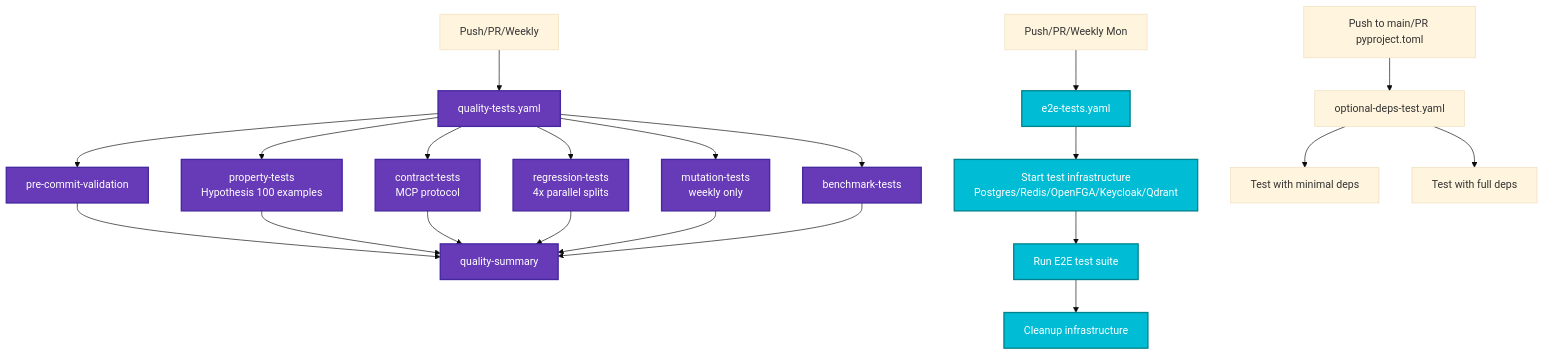
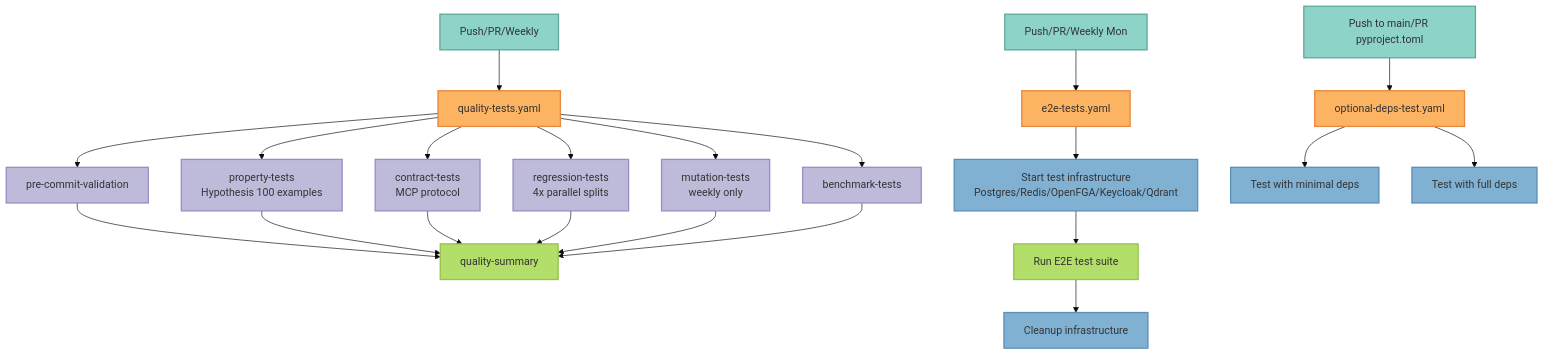
The second of 12 diagrams in docs/development/workflow-diagram.mdx (vishnu2kmohan/mcp-server-langgraph), drawn with Mermaid (base theme) before and after one commit. The commit also changed other lines of this file and 201 other files, not shown here.

````diff
--- a/docs/development/workflow-diagram.mdx
+++ b/docs/development/workflow-diagram.mdx
@@ -64,37 +67,44 @@
 ```mermaid
-graph TD
+%% ColorBrewer2 Set3 palette - each component type uniquely colored
+flowchart TD
     %% Quality Tests
     Trigger[Push/PR/Weekly] --> QT[quality-tests.yaml]
 
     QT --> PCV[pre-commit-validation]
     QT --> PT[property-tests<br/>Hypothesis 100 examples]
     QT --> CT[contract-tests<br/>MCP protocol]
     QT --> RT[regression-tests<br/>4x parallel splits]
     QT --> MT[mutation-tests<br/>weekly only]
     QT --> BT[benchmark-tests]
 
     PCV --> QS[quality-summary]
     PT --> QS
     CT --> QS
     RT --> QS
     MT --> QS
     BT --> QS
 
     %% E2E Tests
     Trigger2[Push/PR/Weekly Mon] --> E2E[e2e-tests.yaml]
     E2E --> Infra[Start test infrastructure<br/>Postgres/Redis/OpenFGA/Keycloak/Qdrant]
     Infra --> E2ETests[Run E2E test suite]
     E2ETests --> Cleanup[Cleanup infrastructure]
 
     %% Optional Deps
     Trigger3[Push to main/PR pyproject.toml] --> OD[optional-deps-test.yaml]
     OD --> Minimal[Test with minimal deps]
     OD --> Full[Test with full deps]
 
-    %% Styling
-    classDef qualityFlow fill:#673AB7,stroke:#4527A0,stroke-width:2px,color:#fff
-    classDef e2eFlow fill:#00BCD4,stroke:#00838F,stroke-width:2px,color:#fff
+    %% ColorBrewer Set3 Styling
+    classDef clientStyle fill:#8dd3c7,stroke:#5fa99d,stroke-width:2px,color:#333
+    classDef validationStyle fill:#fdb462,stroke:#e8873f,stroke-width:2px,color:#333
+    classDef serviceStyle fill:#bebada,stroke:#9b8ec7,stroke-width:2px,color:#333
+    classDef successStyle fill:#b3de69,stroke:#97c24f,stroke-width:2px,color:#333
+    classDef storageStyle fill:#80b1d3,stroke:#5a91b8,stroke-width:2px,color:#333
 
-    class QT,PCV,PT,CT,RT,MT,BT,QS qualityFlow
-    class E2E,Infra,E2ETests,Cleanup e2eFlow
+    class Trigger,Trigger2,Trigger3 clientStyle
+    class QT,E2E,OD validationStyle
+    class PCV,PT,CT,RT,MT,BT serviceStyle
+    class QS,E2ETests successStyle
+    class Infra,Cleanup,Minimal,Full storageStyle
 ```
````
